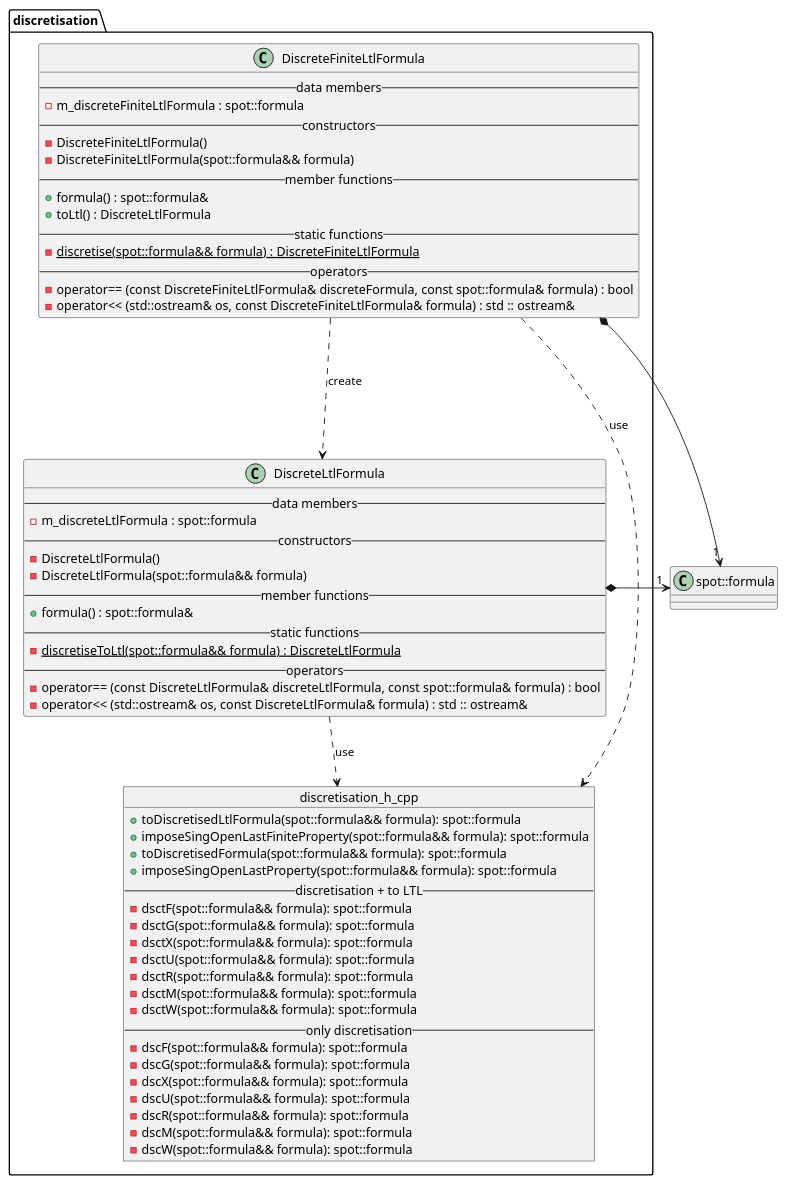
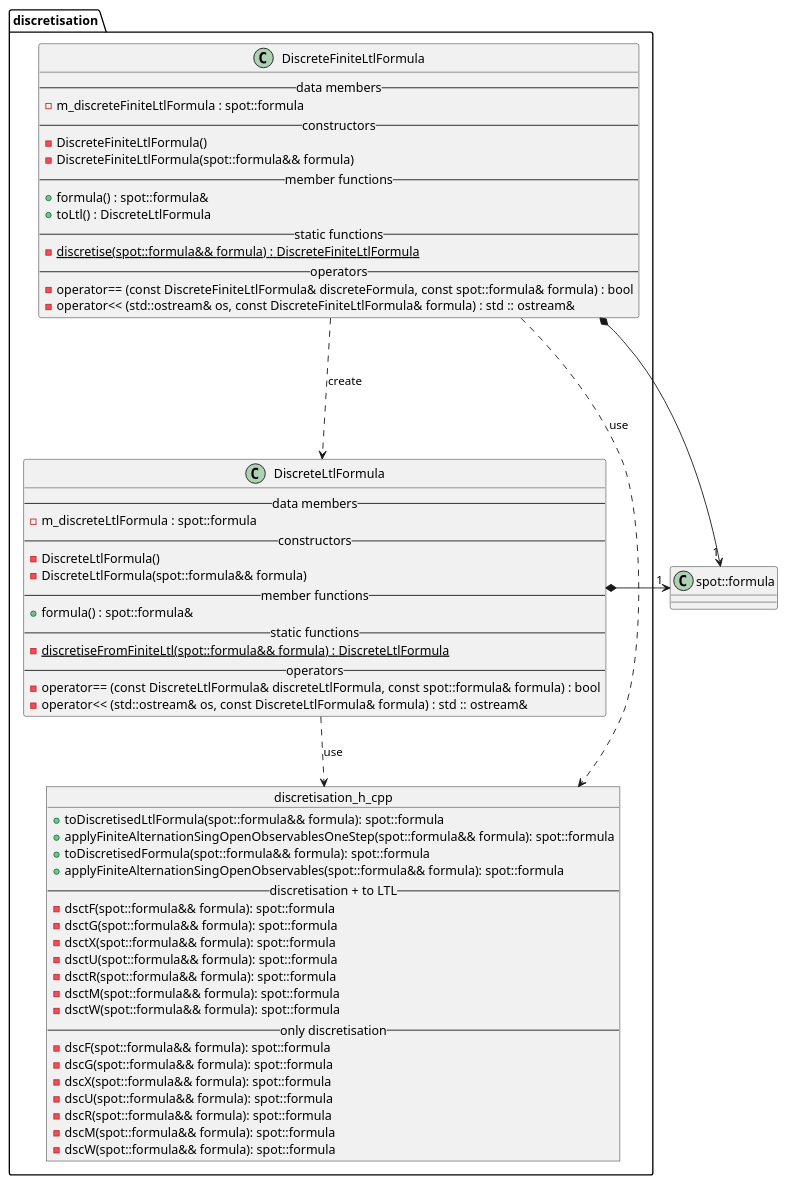
The diagram in docs/plantuml/discretisation.puml (vtramo/rtl-mc), drawn with PlantUML before and after one commit. The commit also changed 18 other files, not shown here.

Commit message:
refactor: rename functions that force the alternation between singular and open observables

```diff
--- a/docs/plantuml/discretisation.puml
+++ b/docs/plantuml/discretisation.puml
@@ -1,66 +1,66 @@
 @startuml
 package discretisation {
     class DiscreteFiniteLtlFormula {
         --data members--
         -m_discreteFiniteLtlFormula : spot::formula
         --constructors--
         -DiscreteFiniteLtlFormula()
         -DiscreteFiniteLtlFormula(spot::formula&& formula)
         --member functions--
         +formula() : spot::formula&
         +toLtl() : DiscreteLtlFormula
         --static functions--
         -{static} discretise(spot::formula&& formula) : DiscreteFiniteLtlFormula
         --operators--
         -operator== (const DiscreteFiniteLtlFormula& discreteFormula, const spot::formula& formula) : bool
         -operator<< (std::ostream& os, const DiscreteFiniteLtlFormula& formula) : std :: ostream&
     }
 
     class DiscreteLtlFormula {
         --data members--
         -m_discreteLtlFormula : spot::formula
         --constructors--
         -DiscreteLtlFormula()
         -DiscreteLtlFormula(spot::formula&& formula)
         --member functions--
         +formula() : spot::formula&
         --static functions--
-        -{static} discretiseToLtl(spot::formula&& formula) : DiscreteLtlFormula
+        -{static} discretiseFromFiniteLtl(spot::formula&& formula) : DiscreteLtlFormula
         --operators--
         -operator== (const DiscreteLtlFormula& discreteLtlFormula, const spot::formula& formula) : bool
         -operator<< (std::ostream& os, const DiscreteLtlFormula& formula) : std :: ostream&
     }
 
     object discretisation_h_cpp {
         +toDiscretisedLtlFormula(spot::formula&& formula): spot::formula
-        +imposeSingOpenLastFiniteProperty(spot::formula&& formula): spot::formula
+        +applyFiniteAlternationSingOpenObservablesOneStep(spot::formula&& formula): spot::formula
         +toDiscretisedFormula(spot::formula&& formula): spot::formula
-        +imposeSingOpenLastProperty(spot::formula&& formula): spot::formula
+        +applyFiniteAlternationSingOpenObservables(spot::formula&& formula): spot::formula
         --discretisation + to LTL--
         -dsctF(spot::formula&& formula): spot::formula
         -dsctG(spot::formula&& formula): spot::formula
         -dsctX(spot::formula&& formula): spot::formula
         -dsctU(spot::formula&& formula): spot::formula
         -dsctR(spot::formula&& formula): spot::formula
         -dsctM(spot::formula&& formula): spot::formula
         -dsctW(spot::formula&& formula): spot::formula
         --only discretisation--
         -dscF(spot::formula&& formula): spot::formula
         -dscG(spot::formula&& formula): spot::formula
         -dscX(spot::formula&& formula): spot::formula
         -dscU(spot::formula&& formula): spot::formula
         -dscR(spot::formula&& formula): spot::formula
         -dscM(spot::formula&& formula): spot::formula
         -dscW(spot::formula&& formula): spot::formula
     }
 }
 
 class spot::formula {}
 
 DiscreteFiniteLtlFormula ...> DiscreteLtlFormula : create
 DiscreteFiniteLtlFormula*-> "1" spot::formula
 DiscreteLtlFormula*-> "1" spot::formula
 DiscreteLtlFormula ..> discretisation_h_cpp : use
 DiscreteFiniteLtlFormula ..> discretisation_h_cpp : use
 
 @enduml
```
